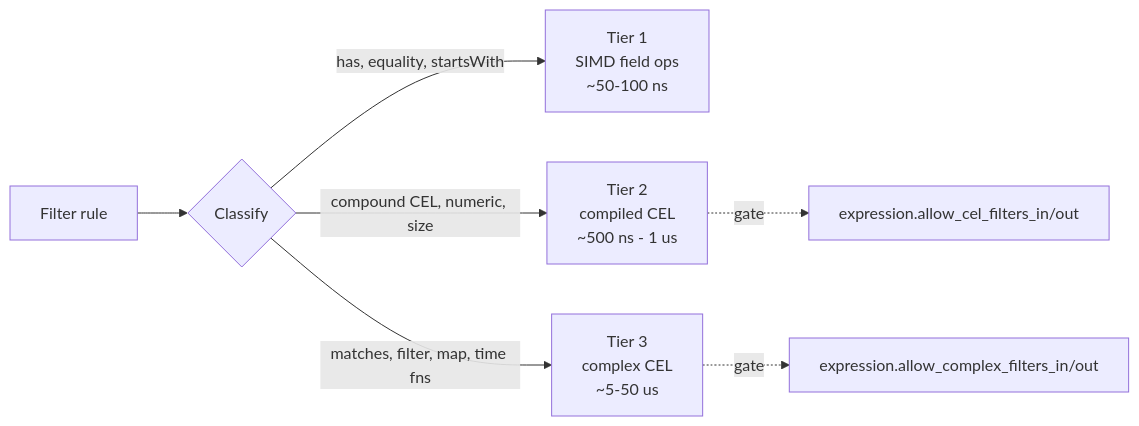
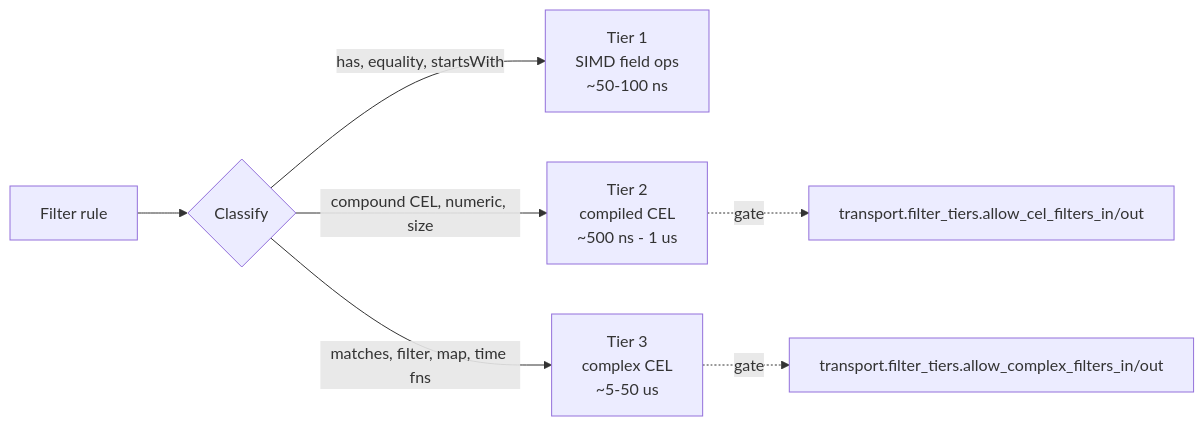
The diagram in docs/transport/filter-engine.md (hyperi-io/scalo-rs), drawn with Mermaid before and after one commit. The commit also changed other lines of this file and 3 other files, not shown here.

First line of the commit message:
docs: match transport and filter docs to the code (#181)

````diff
--- a/docs/transport/filter-engine.md
+++ b/docs/transport/filter-engine.md
@@ -32,9 +32,9 @@
 ```mermaid
 flowchart LR
     R[Filter rule] --> C{Classify}
     C -->|has, equality, startsWith| T1["Tier 1<br/>SIMD field ops<br/>~50-100 ns"]
     C -->|compound CEL, numeric, size| T2["Tier 2<br/>compiled CEL<br/>~500 ns - 1 us"]
     C -->|matches, filter, map, time fns| T3["Tier 3<br/>complex CEL<br/>~5-50 us"]
-    T2 -.->|gate| G2["expression.allow_cel_filters_in/out"]
-    T3 -.->|gate| G3["expression.allow_complex_filters_in/out"]
+    T2 -.->|gate| G2["transport.filter_tiers.allow_cel_filters_in/out"]
+    T3 -.->|gate| G3["transport.filter_tiers.allow_complex_filters_in/out"]
 ```
````
